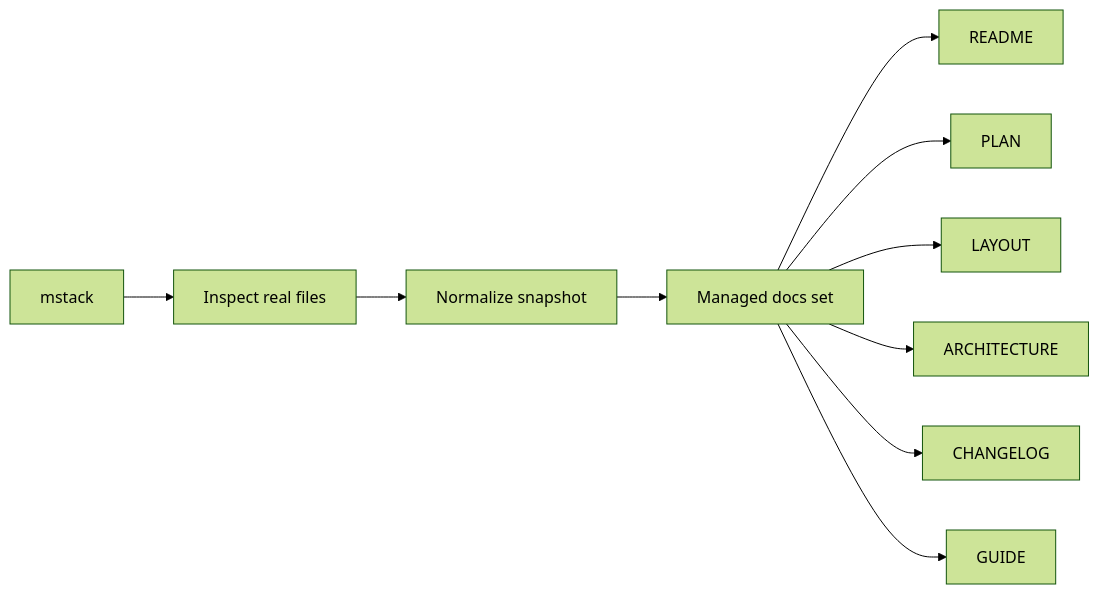
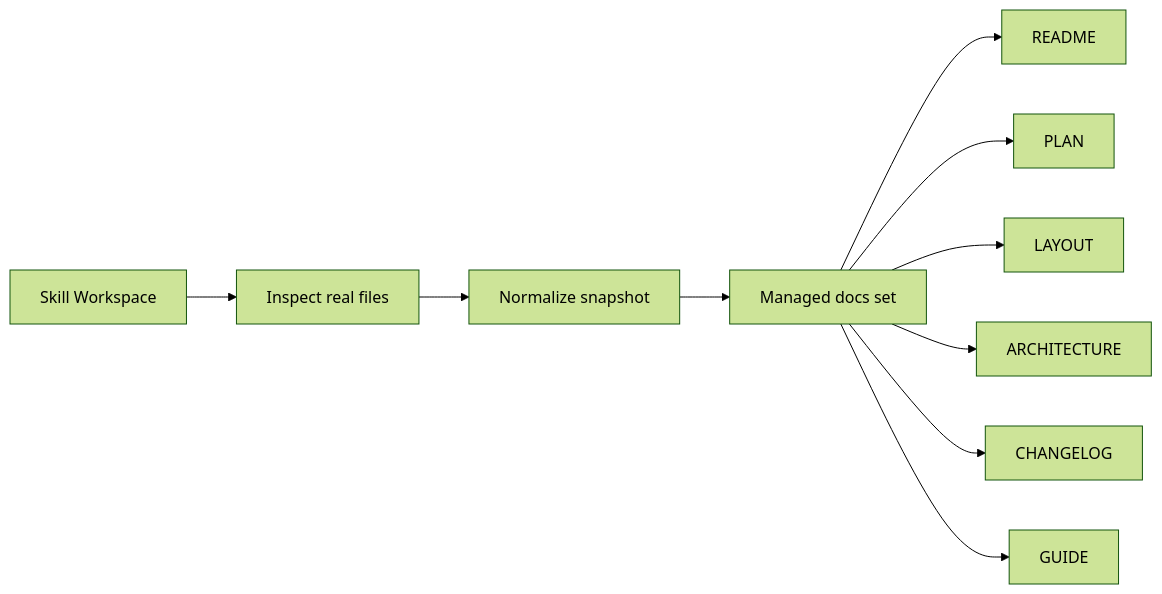
The diagram in docs/project-docs/README.md (macho715/CODEX_SKILL), drawn with Mermaid (forest theme) before and after one commit. The commit also changed other lines of this file and 148 other files, not shown here.

````diff
--- a/docs/project-docs/README.md
+++ b/docs/project-docs/README.md
@@ -14,20 +14,20 @@
 ```mermaid
 flowchart LR
-    root["mstack"]
+    root["Skill Workspace"]
     inspect["Inspect real files"]
     snapshot_node["Normalize snapshot"]
     docs["Managed docs set"]
     root --> inspect --> snapshot_node --> docs
     README_md["README"]
     docs --> README_md
     PLAN_md["PLAN"]
     docs --> PLAN_md
     LAYOUT_md["LAYOUT"]
     docs --> LAYOUT_md
     ARCHITECTURE_md["ARCHITECTURE"]
     docs --> ARCHITECTURE_md
     CHANGELOG_md["CHANGELOG"]
     docs --> CHANGELOG_md
     GUIDE_md["GUIDE"]
     docs --> GUIDE_md
 ```
````
